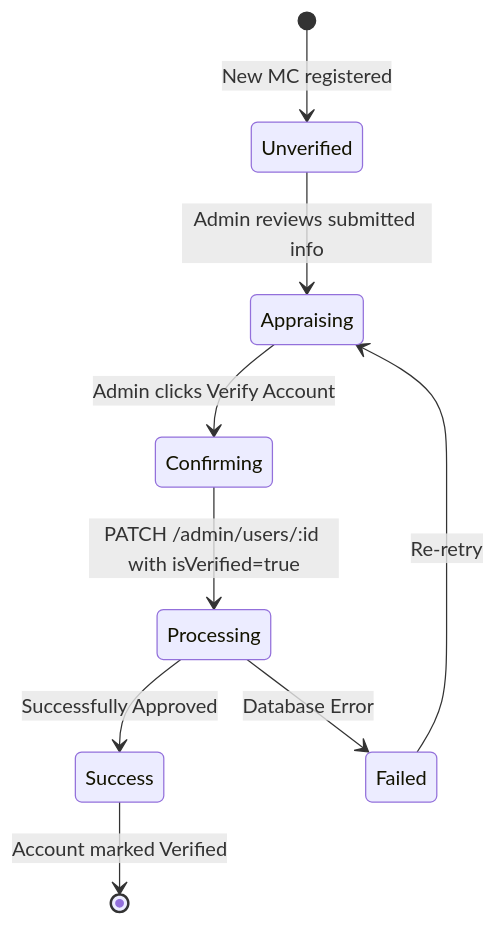
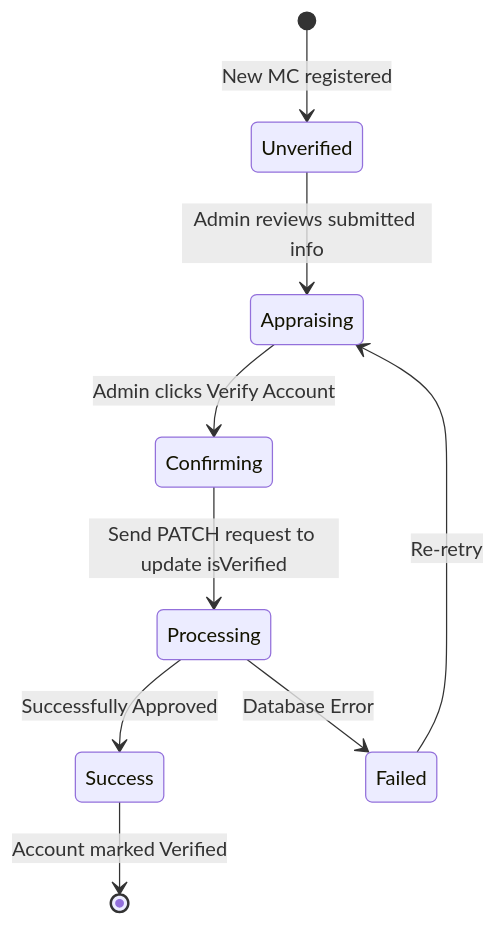
One commit to dat-21/SWD392 changed diagram 29 of 44 in UC_Backend_Design_Details.md. Above: the diagram before and after it, drawn with Mermaid. The commit also changed other lines of this file, not shown here.

````diff
--- a/UC_Backend_Design_Details.md
+++ b/UC_Backend_Design_Details.md
@@ -626,11 +626,11 @@
 ```mermaid
 stateDiagram-v2
     [*] --> Unverified : New MC registered
     Unverified --> Appraising : Admin reviews submitted info
     Appraising --> Confirming : Admin clicks Verify Account
-    Confirming --> Processing : PATCH /admin/users/:id with isVerified=true
+    Confirming --> Processing : Send PATCH request to update isVerified
     Processing --> Success : Successfully Approved
     Processing --> Failed : Database Error
     Failed --> Appraising : Re-retry
     Success --> [*] : Account marked Verified
 ```
````
